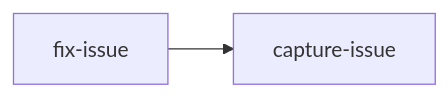
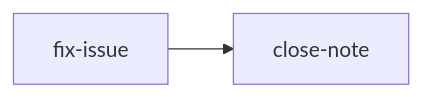
One commit to flex-team/flex-oncall changed the fourth of 5 diagrams in .claude/commands/ops/README.adoc. Above: the diagram before and after it, drawn with Mermaid. The commit also changed other lines of this file and 8 other files, not shown here.

First line of the commit message:
♻️ ops 커맨드 구조 개편: capture-issue → close-note, update-cookbook + update-index → update-artifacts

```diff
--- a/.claude/commands/ops/README.adoc
+++ b/.claude/commands/ops/README.adoc
@@ -313,5 +291,5 @@
 [mermaid]
 ....
 graph LR
-    A["fix-issue"] --> B["capture-issue"]
+    A["fix-issue"] --> B["close-note"]
 ....
```
